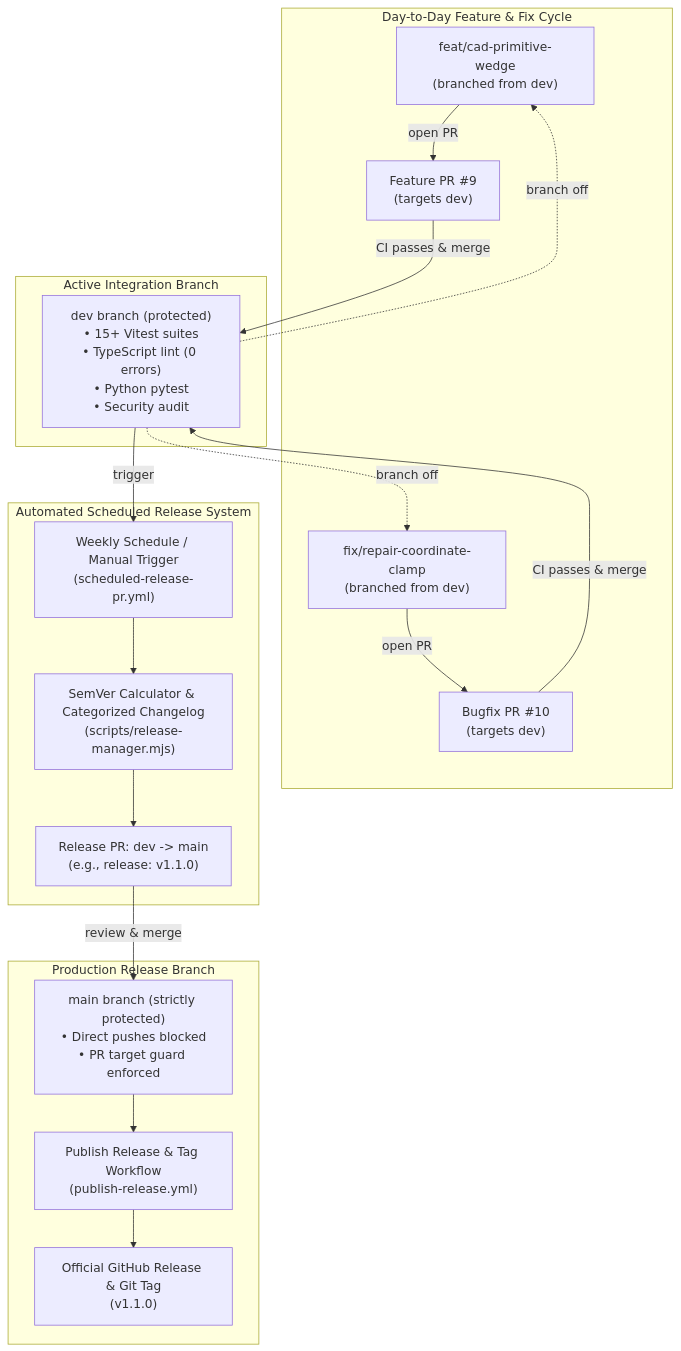
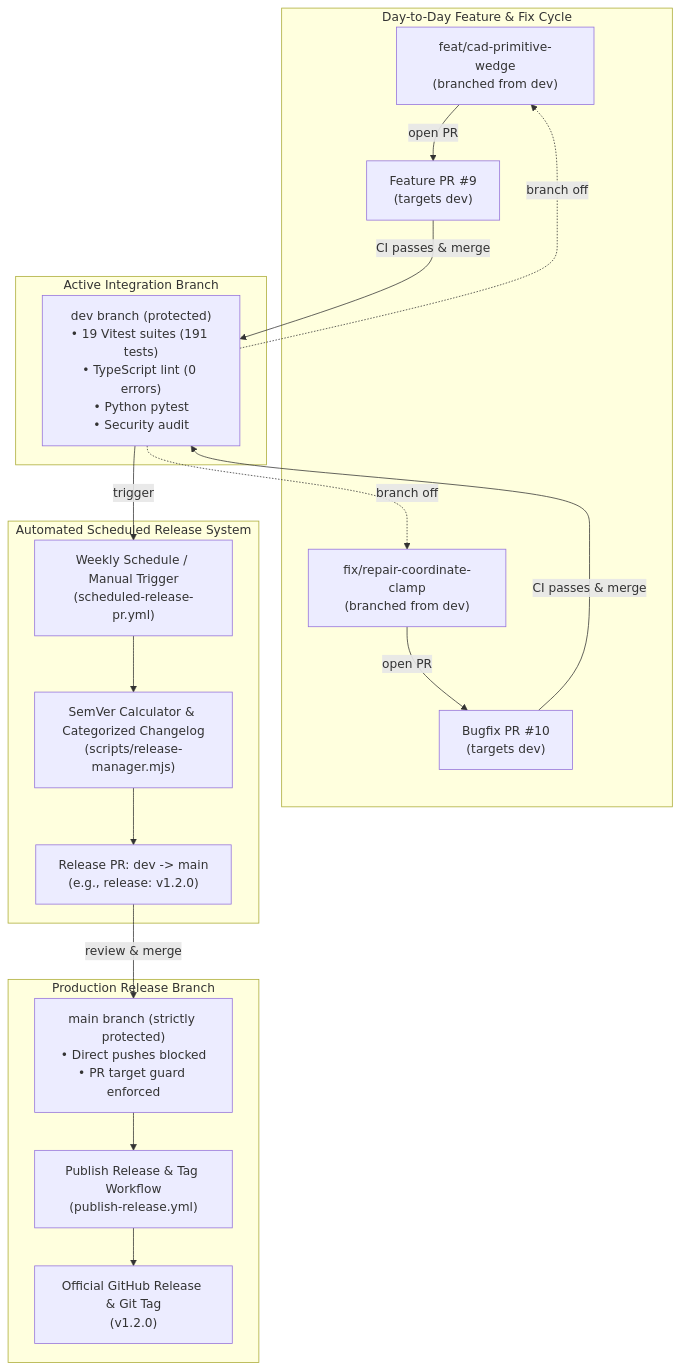
Before and after one commit to jimmyjdejesus-cmyk/agentic-cad-usd-brep: the diagram in docs/BRANCHING_AND_RELEASES.md, drawn with Mermaid. The commit also changed 11 other files, not shown here.

First line of the commit message:
docs(architecture): sync README, subsystem diagrams, manifest, and roadmap exit criteria (#42)

````diff
--- a/docs/BRANCHING_AND_RELEASES.md
+++ b/docs/BRANCHING_AND_RELEASES.md
@@ -15,39 +15,39 @@
 ```mermaid
 flowchart TD
     subgraph Feature_Dev["Day-to-Day Feature & Fix Cycle"]
         F1["feat/cad-primitive-wedge\n(branched from dev)"]
         F2["fix/repair-coordinate-clamp\n(branched from dev)"]
         PR1["Feature PR #9\n(targets dev)"]
         PR2["Bugfix PR #10\n(targets dev)"]
     end
 
     subgraph Integration_Branch["Active Integration Branch"]
-        DEV["dev branch (protected)\n• 15+ Vitest suites\n• TypeScript lint (0 errors)\n• Python pytest\n• Security audit"]
+        DEV["dev branch (protected)\n• 19 Vitest suites (191 tests)\n• TypeScript lint (0 errors)\n• Python pytest\n• Security audit"]
     end
 
     subgraph Scheduled_Automation["Automated Scheduled Release System"]
         CronTrigger["Weekly Schedule / Manual Trigger\n(scheduled-release-pr.yml)"]
         SemVerCalc["SemVer Calculator & Categorized Changelog\n(scripts/release-manager.mjs)"]
-        ReleasePR["Release PR: dev -> main\n(e.g., release: v1.1.0)"]
+        ReleasePR["Release PR: dev -> main\n(e.g., release: v1.2.0)"]
     end
 
     subgraph Production_Branch["Production Release Branch"]
         MAIN["main branch (strictly protected)\n• Direct pushes blocked\n• PR target guard enforced"]
         TagAction["Publish Release & Tag Workflow\n(publish-release.yml)"]
-        GHRelease["Official GitHub Release & Git Tag\n(v1.1.0)"]
+        GHRelease["Official GitHub Release & Git Tag\n(v1.2.0)"]
     end
 
     DEV -.->|branch off| F1
     DEV -.->|branch off| F2
     F1 -->|open PR| PR1
     F2 -->|open PR| PR2
     PR1 -->|CI passes & merge| DEV
     PR2 -->|CI passes & merge| DEV
 
     DEV -->|trigger| CronTrigger
     CronTrigger --> SemVerCalc
     SemVerCalc --> ReleasePR
     ReleasePR -->|review & merge| MAIN
     MAIN --> TagAction
     TagAction --> GHRelease
 ```
````
